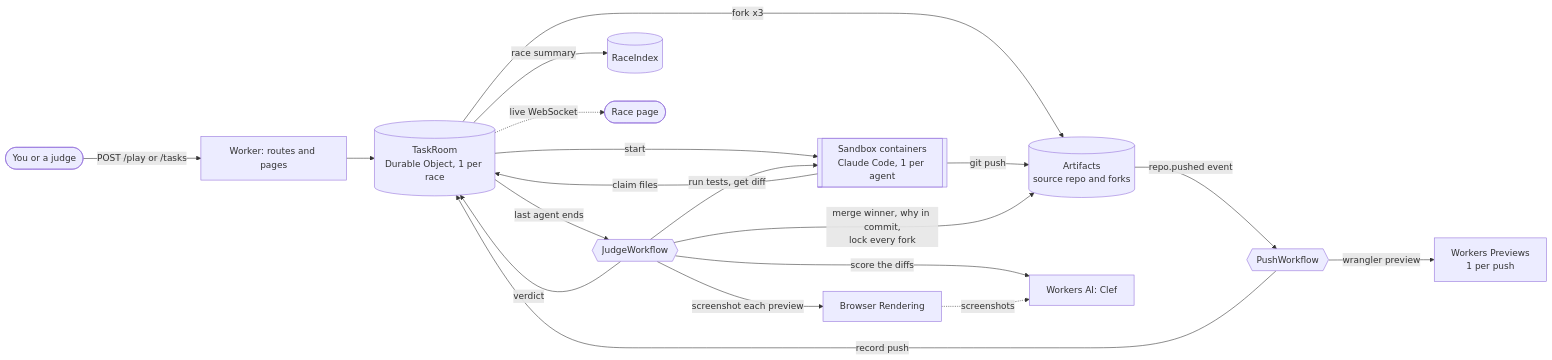
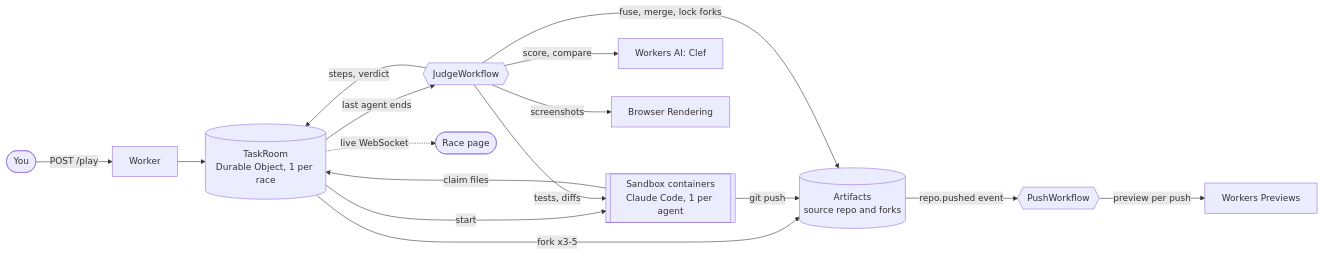
One commit to wonbyte/thunderdome changed the diagram in README.md. Above: the diagram before and after it, drawn with Mermaid. The commit also changed other lines of this file and 11 other files, not shown here.

First line of the commit message:
Judge: ties within 0.75 (re-measured), diff size only among the vote's favorites; short README

````diff
--- a/README.md
+++ b/README.md
@@ -39,21 +33,18 @@
 ```mermaid
 flowchart LR
-  U([You or a judge]) -->|"POST /play or /tasks"| W[Worker: routes and pages]
+  U([You]) -->|"POST /play"| W[Worker]
   W --> TR[(TaskRoom<br/>Durable Object, 1 per race)]
-  TR -->|"fork x3"| AF[(Artifacts<br/>source repo and forks)]
+  TR -->|"fork x3-5"| AF[(Artifacts<br/>source repo and forks)]
   TR -->|"start"| SB[[Sandbox containers<br/>Claude Code, 1 per agent]]
   SB -->|"claim files"| TR
   SB -->|"git push"| AF
   AF -->|"repo.pushed event"| PW{{PushWorkflow}}
-  PW -->|"record push"| TR
-  PW -->|"wrangler preview"| PV[Workers Previews<br/>1 per push]
+  PW -->|"preview per push"| PV[Workers Previews]
   TR -->|"last agent ends"| JW{{JudgeWorkflow}}
-  JW -->|"run tests, get diff"| SB
-  JW -->|"score the diffs"| AI[Workers AI: Clef]
-  JW -->|"screenshot each preview"| BR[Browser Rendering]
-  BR -.->|"screenshots"| AI
-  JW -->|"merge winner, why in commit,<br/>lock every fork"| AF
-  JW -->|"verdict"| TR
-  TR -->|"race summary"| RI[(RaceIndex)]
+  JW -->|"tests, diffs"| SB
+  JW -->|"score, compare"| AI[Workers AI: Clef]
+  JW -->|"screenshots"| BR[Browser Rendering]
+  JW -->|"fuse, merge, lock forks"| AF
+  JW -->|"steps, verdict"| TR
   TR -.->|"live WebSocket"| UI([Race page])
 ```
````
